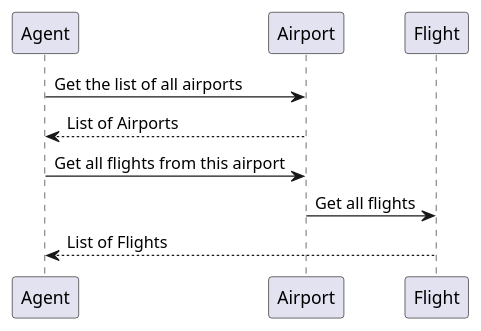
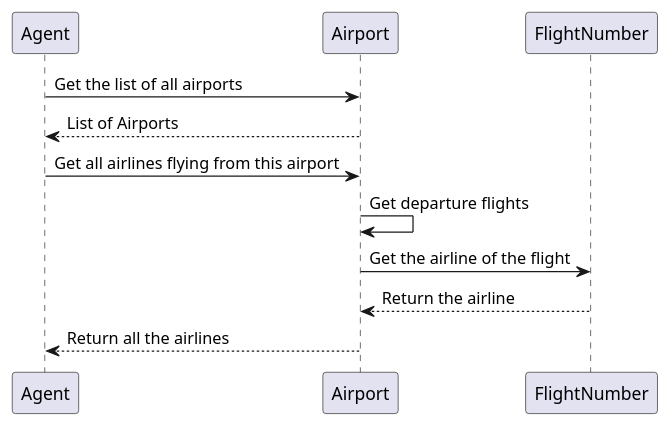
Before and after one commit to AlperenElbasan/FlightReservationSystem: the diagram in Diagrams/Sequence/Agent/flight_and_airport_list.puml, drawn with PlantUML. The commit also changed 3 other files, not shown here.

Commit message:
UML Updates

```diff
--- a/Diagrams/Sequence/Agent/flight_and_airport_list.puml
+++ b/Diagrams/Sequence/Agent/flight_and_airport_list.puml
@@ -1,10 +1,11 @@
 @startuml
 Agent -> Airport: Get the list of all airports
 Airport --> Agent: List of Airports
 
 
-Agent -> Airport: Get all flights from this airport
-Airport -> Flight: Get all flights
-
-Flight --> Agent: List of Flights
+Agent -> Airport: Get all airlines flying from this airport
+Airport -> Airport : Get departure flights
+Airport -> FlightNumber: Get the airline of the flight
+FlightNumber --> Airport: Return the airline
+Airport --> Agent: Return all the airlines
 @enduml
```
